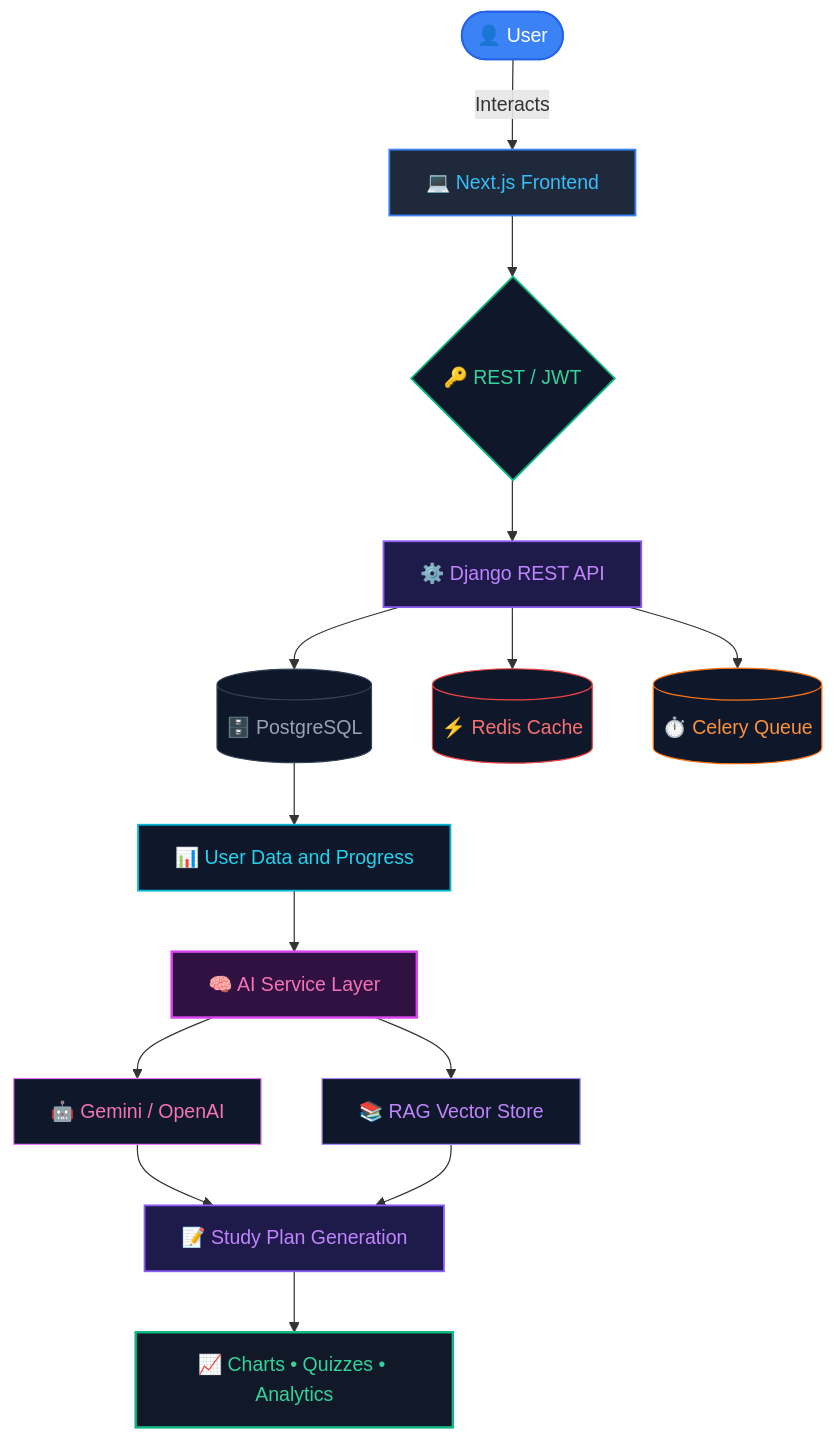
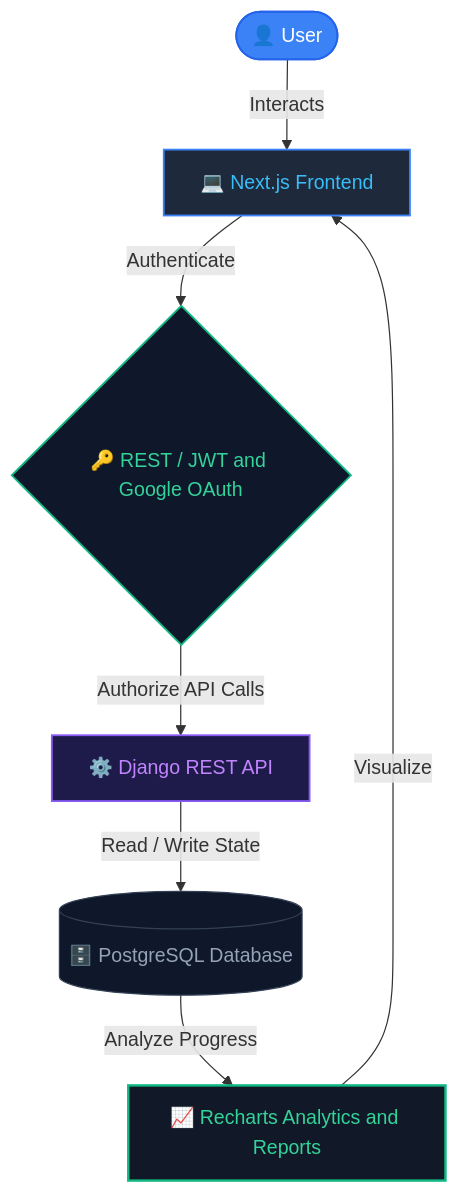
Before and after one commit to anshulsharma200817-svg/anshulsharma200817-svg: the second of 2 diagrams in README.md, drawn with Mermaid. The commit also changed other lines of this file, not shown here.

Commit message:
feat(design): align Study Planner architecture diagram with exact implemented codebase stack

````diff
--- a/README.md
+++ b/README.md
@@ -130,47 +130,26 @@
 ```mermaid
 graph TD
     %% Node Definitions
     User([👤 User])
     Frontend[💻 Next.js Frontend]
-    Auth{🔑 REST / JWT}
+    Auth{🔑 REST / JWT and Google OAuth}
     API[⚙️ Django REST API]
-    DB[(🗄️ PostgreSQL)]
-    Cache[(⚡ Redis Cache)]
-    Celery[(⏱️ Celery Queue)]
-    UserData[📊 User Data and Progress]
-    AIService[🧠 AI Service Layer]
-    Gemini[🤖 Gemini / OpenAI]
-    RAG[📚 RAG Vector Store]
-    Plan[📝 Study Plan Generation]
-    Analytics[📈 Charts • Quizzes • Analytics]
+    DB[(🗄️ PostgreSQL Database)]
+    Analytics[📈 Recharts Analytics and Reports]
 
     %% Flow Layout
     User -->|Interacts| Frontend
-    Frontend --> Auth
-    Auth --> API
-    API --> DB
-    API --> Cache
-    API --> Celery
-    DB --> UserData
-    UserData --> AIService
-    AIService --> Gemini
-    AIService --> RAG
-    Gemini --> Plan
-    RAG --> Plan
-    Plan --> Analytics
+    Frontend -->|Authenticate| Auth
+    Auth -->|Authorize API Calls| API
+    API -->|Read / Write State| DB
+    DB -->|Analyze Progress| Analytics
+    Analytics -->|Visualize| Frontend
 
     %% Node Custom Styles (Matching GitHub Dark Mode)
     style User fill:#3b82f6,stroke:#2563eb,stroke-width:1.5px,color:#fff
     style Frontend fill:#1e293b,stroke:#3b82f6,stroke-width:1.5px,color:#38bdf8
     style Auth fill:#0f172a,stroke:#10b981,stroke-width:1.5px,color:#34d399
     style API fill:#1e1b4b,stroke:#8b5cf6,stroke-width:1.5px,color:#c084fc
     style DB fill:#0f172a,stroke:#334155,stroke-width:1px,color:#94a3b8
-    style Cache fill:#0f172a,stroke:#ef4444,stroke-width:1px,color:#f87171
-    style Celery fill:#0f172a,stroke:#f97316,stroke-width:1px,color:#fb923c
-    style UserData fill:#0f172a,stroke:#06b6d4,stroke-width:1.5px,color:#22d3ee
-    style AIService fill:#311042,stroke:#d946ef,stroke-width:2px,color:#f472b6
-    style Gemini fill:#0f172a,stroke:#e879f9,stroke-width:1px,color:#f472b6
-    style RAG fill:#0f172a,stroke:#a78bfa,stroke-width:1px,color:#c084fc
-    style Plan fill:#1e1b4b,stroke:#8b5cf6,stroke-width:1.5px,color:#c084fc
     style Analytics fill:#111827,stroke:#10b981,stroke-width:2px,color:#34d399
 ```
````
